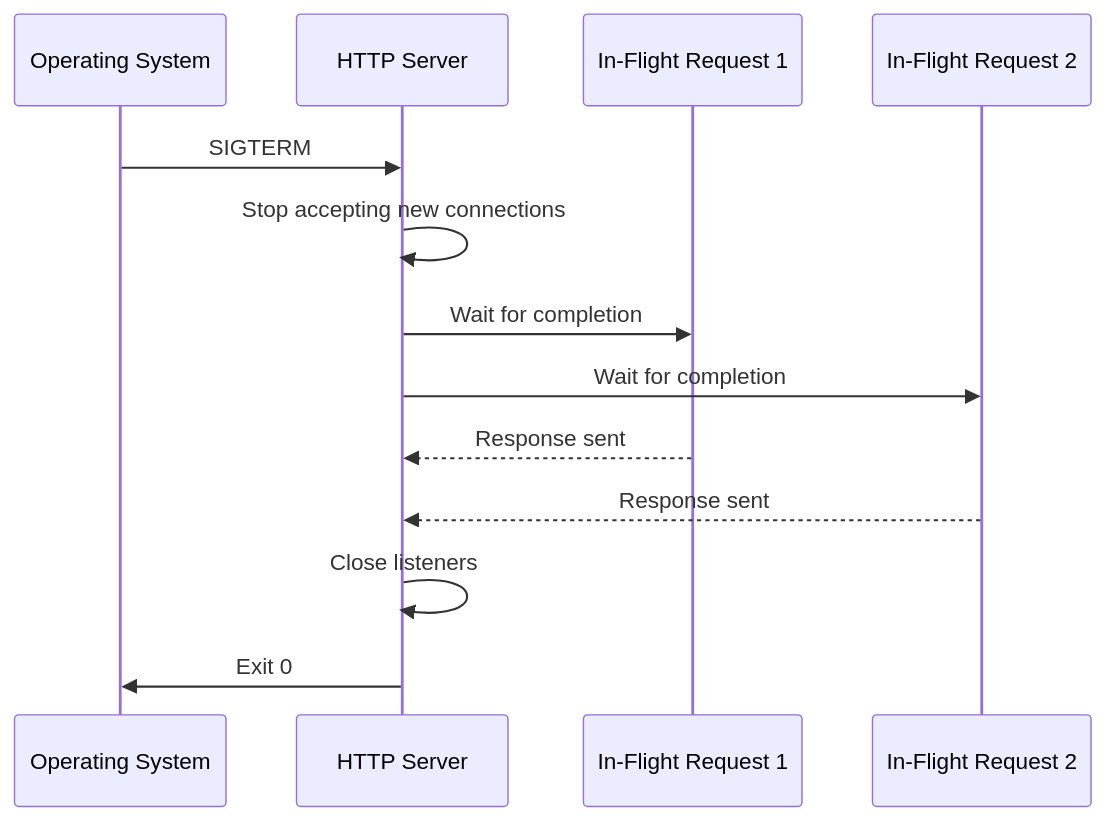
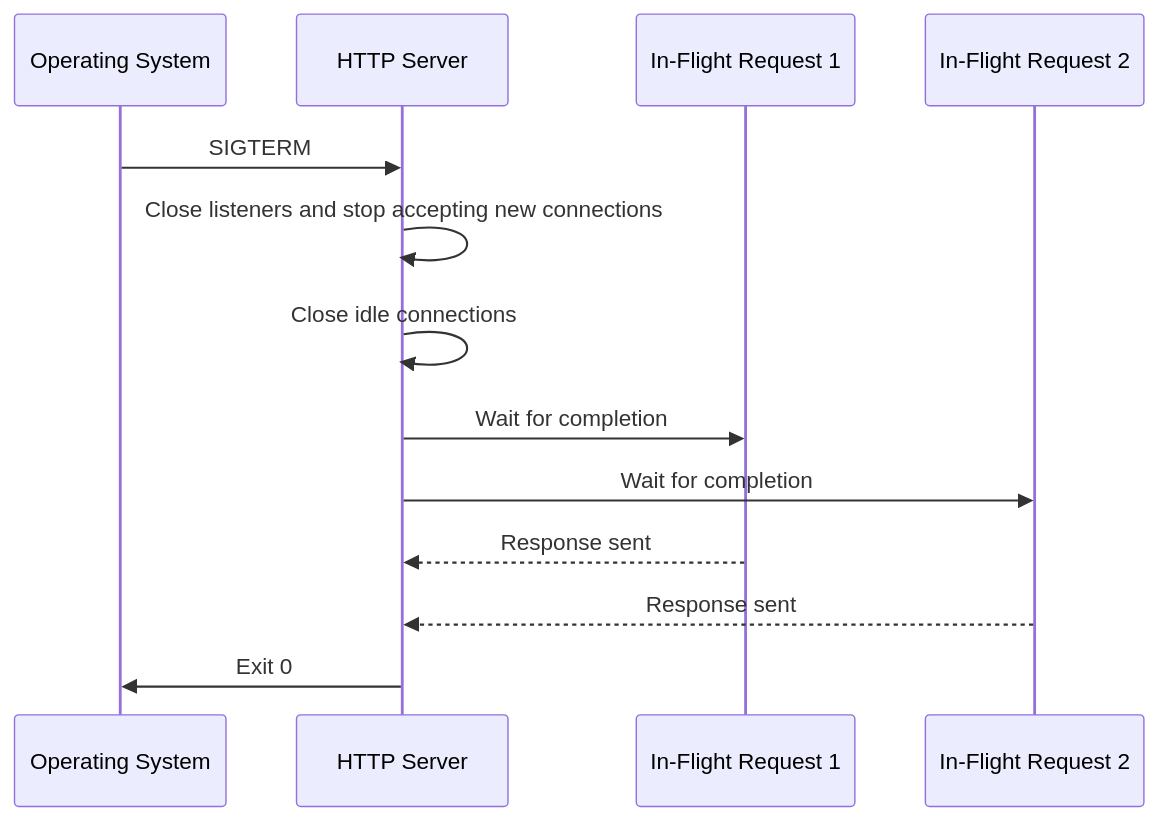
Before and after one commit to OneUptime/blog: the second of 2 diagrams in posts/2026-02-20-go-http-server-production/README.md, drawn with Mermaid. The commit also changed other lines of this file and 2 other files, not shown here.

````diff
--- a/posts/2026-02-20-go-http-server-production/README.md
+++ b/posts/2026-02-20-go-http-server-production/README.md
@@ -325,16 +370,16 @@
 ```mermaid
 sequenceDiagram
     participant OS as Operating System
     participant S as HTTP Server
     participant R1 as In-Flight Request 1
     participant R2 as In-Flight Request 2
 
     OS->>S: SIGTERM
-    S->>S: Stop accepting new connections
+    S->>S: Close listeners and stop accepting new connections
+    S->>S: Close idle connections
     S->>R1: Wait for completion
     S->>R2: Wait for completion
     R1-->>S: Response sent
     R2-->>S: Response sent
-    S->>S: Close listeners
     S->>OS: Exit 0
 ```
````
